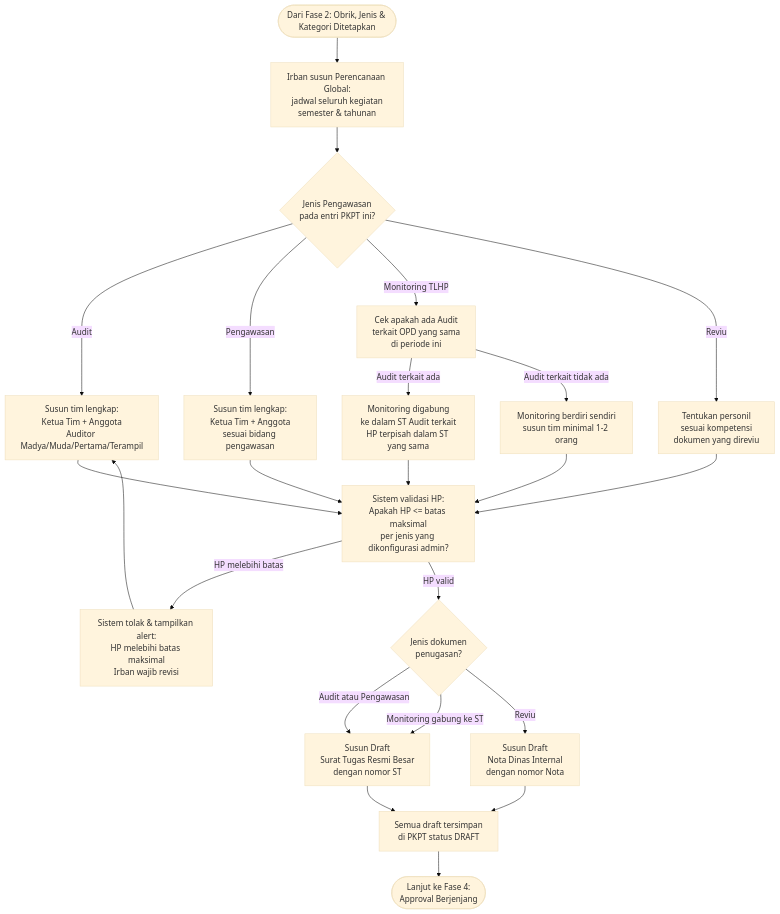
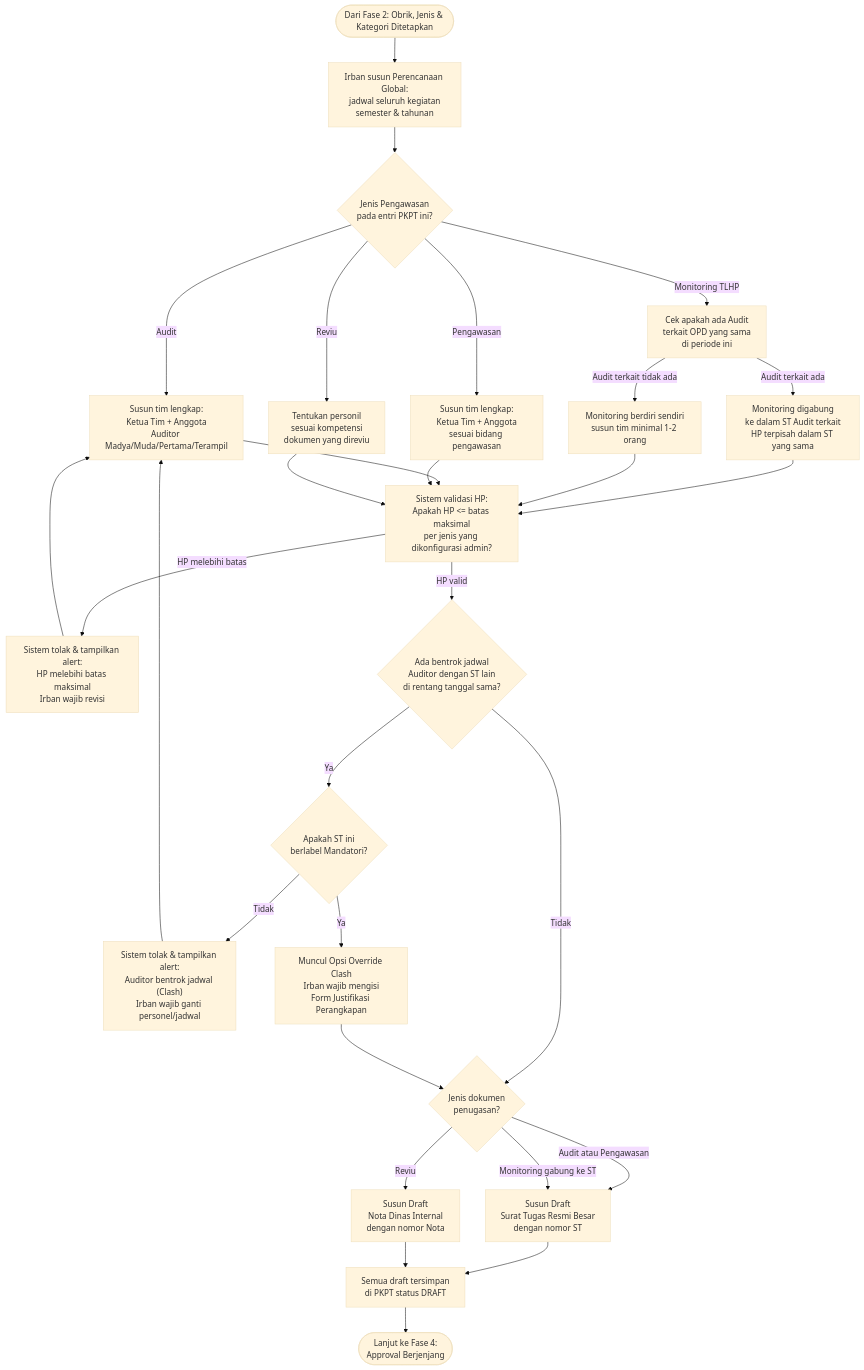
The sixth of 13 diagrams in DEVTOOLS/Blueprint.md (bimasulistyaw-hash/siwasin), drawn with Mermaid (base theme) before and after one commit. The commit also changed other lines of this file, not shown here.

Commit message:
Update Fase 3 with Clash Detection and Override logic

````diff
--- a/DEVTOOLS/Blueprint.md
+++ b/DEVTOOLS/Blueprint.md
@@ -335,33 +335,43 @@
 ```mermaid
 flowchart TD
     A([Dari Fase 2: Obrik, Jenis & Kategori Ditetapkan])
     A --> B["Irban susun Perencanaan Global:\njadwal seluruh kegiatan\nsemester & tahunan"]
     B --> C{Jenis Pengawasan\npada entri PKPT ini?}
 
     C -- Audit --> D1["Susun tim lengkap:\nKetua Tim + Anggota\nAuditor Madya/Muda/Pertama/Terampil"]
     C -- Pengawasan --> D2["Susun tim lengkap:\nKetua Tim + Anggota\nsesuai bidang pengawasan"]
     C -- Monitoring TLHP --> D3["Cek apakah ada Audit\nterkait OPD yang sama\ndi periode ini"]
     C -- Reviu --> D4["Tentukan personil\nsesuai kompetensi\ndokumen yang direviu"]
 
     D3 -- Audit terkait ada --> D3A["Monitoring digabung\nke dalam ST Audit terkait\nHP terpisah dalam ST yang sama"]
     D3 -- Audit terkait tidak ada --> D3B["Monitoring berdiri sendiri\nsusun tim minimal 1-2 orang"]
     D3A --> VAL
     D3B --> VAL
 
     D1 --> VAL["Sistem validasi HP:\nApakah HP <= batas maksimal\nper jenis yang dikonfigurasi admin?"]
     D2 --> VAL
     D4 --> VAL
 
     VAL -- HP melebihi batas --> ERR["Sistem tolak & tampilkan alert:\nHP melebihi batas maksimal\nIrban wajib revisi"]
     ERR --> D1
 
-    VAL -- HP valid --> DOC{Jenis dokumen\npenugasan?}
+    VAL -- HP valid --> CLASH{"Ada bentrok jadwal\nAuditor dengan ST lain\ndi rentang tanggal sama?"}
+    
+    CLASH -- Tidak --> DOC{Jenis dokumen\npenugasan?}
+    
+    CLASH -- Ya --> MANDATORY_CHECK{"Apakah ST ini\nberlabel Mandatori?"}
+    
+    MANDATORY_CHECK -- Tidak --> ERR_CLASH["Sistem tolak & tampilkan alert:\nAuditor bentrok jadwal (Clash)\nIrban wajib ganti personel/jadwal"]
+    ERR_CLASH --> D1
+    
+    MANDATORY_CHECK -- Ya --> OVERRIDE["Muncul Opsi Override Clash\nIrban wajib mengisi\nForm Justifikasi Perangkapan"]
+    OVERRIDE --> DOC
 
     DOC -- Audit atau Pengawasan --> ST["Susun Draft\nSurat Tugas Resmi Besar\ndengan nomor ST"]
     DOC -- Monitoring gabung ke ST --> ST
     DOC -- Reviu --> ND["Susun Draft\nNota Dinas Internal\ndengan nomor Nota"]
 
     ST --> SAVE["Semua draft tersimpan\ndi PKPT status DRAFT"]
     ND --> SAVE
     SAVE --> NEXT([Lanjut ke Fase 4:\nApproval Berjenjang])
 ```
````
